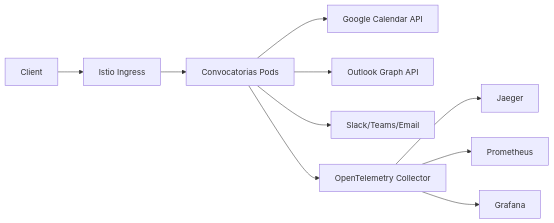
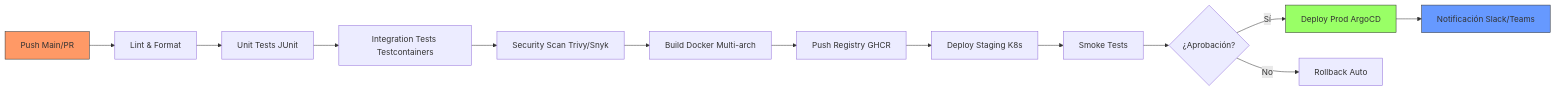
Before and after one commit to raulrodriguezmesia-blip/automatizacion-convocatorias: the second of 2 diagrams in README.md, drawn with Mermaid. The commit also changed other lines of this file, not shown here.

Commit message:
Add professional README with badges, architecture diagram, and usage instructions

````diff
--- a/README.md
+++ b/README.md
@@ -99,12 +201,19 @@
 ```mermaid
-graph LR
-    A[Client] --> B[Istio Ingress]
-    B --> C[Convocatorias Pods]
-    C --> D[Google Calendar API]
-    C --> E[Outlook Graph API]
-    C --> F[Slack/Teams/Email]
-    C --> G[OpenTelemetry Collector]
-    G --> H[Jaeger]
-    G --> I[Prometheus]
-    G --> J[Grafana]
+flowchart LR
+    A[Push Main/PR] --> B[Lint & Format]
+    B --> C[Unit Tests JUnit]
+    C --> D[Integration Tests Testcontainers]
+    D --> E[Security Scan Trivy/Snyk]
+    E --> F[Build Docker Multi-arch]
+    F --> G[Push Registry GHCR]
+    G --> H[Deploy Staging K8s]
+    H --> I[Smoke Tests]
+    I --> J{¿Aprobación?}
+    J -->|Sí| K[Deploy Prod ArgoCD]
+    J -->|No| L[Rollback Auto]
+    K --> M[Notificación Slack/Teams]
+    
+    style A fill:#f96,stroke:#333
+    style K fill:#9f6,stroke:#333
+    style M fill:#69f,stroke:#333
 ```
````
